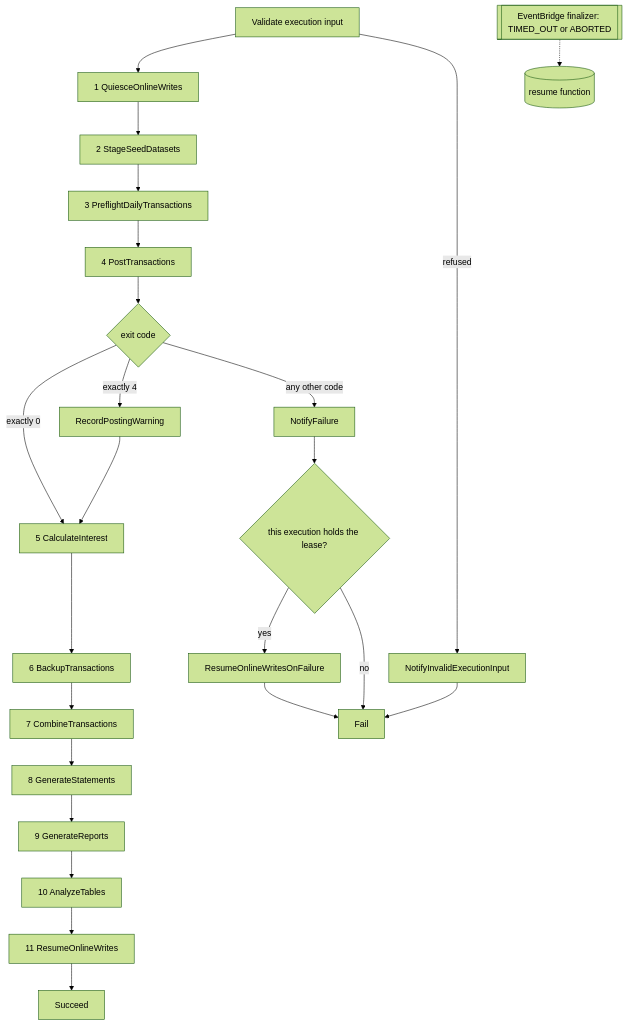
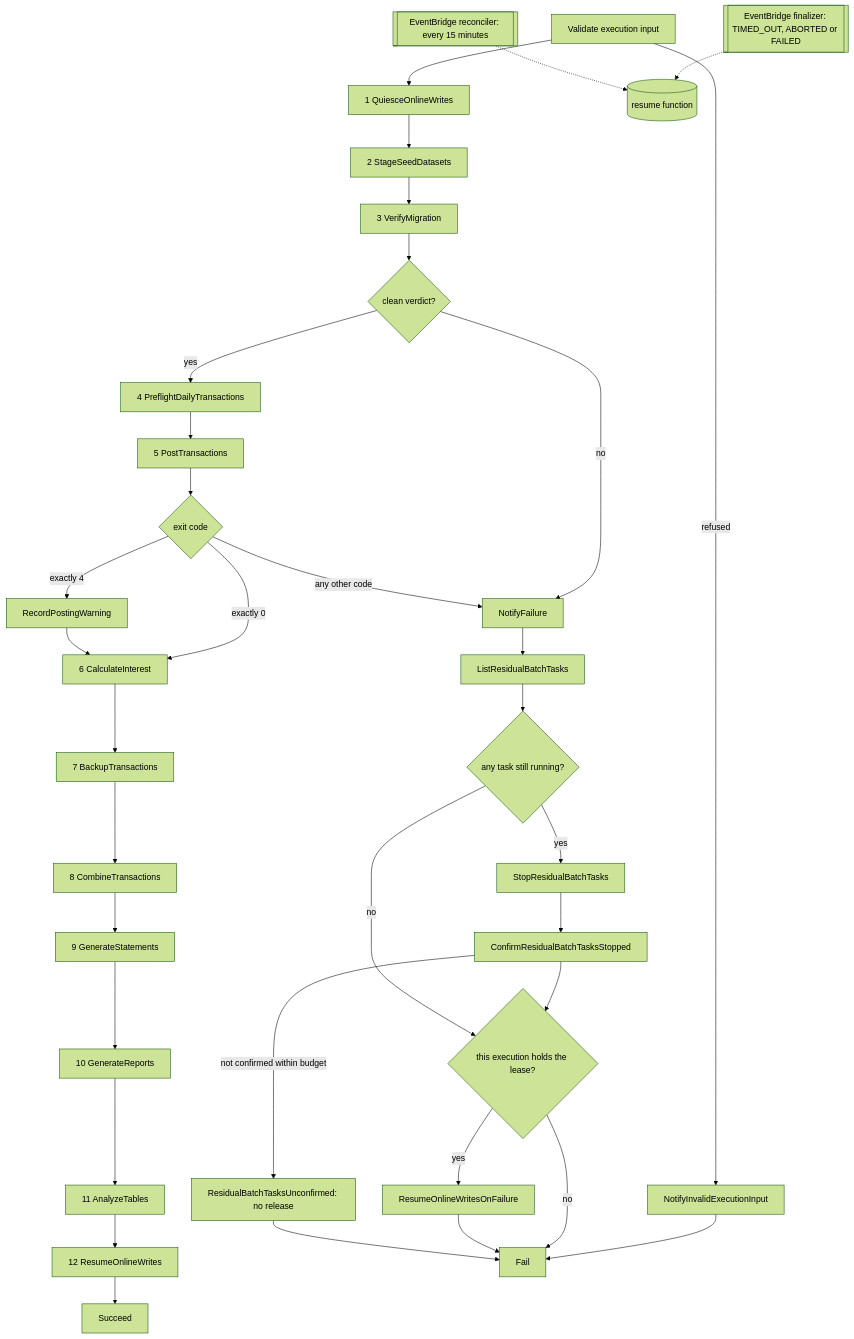
One commit to Blitzy-LocalStack/aws-mainframe-modernization-carddemo changed the diagram in infra/modules/step-functions-batch/README.md. Above: the diagram before and after it, drawn with Mermaid (forest theme). The commit also changed other lines of this file and 495 other files, not shown here.

````diff
--- a/infra/modules/step-functions-batch/README.md
+++ b/infra/modules/step-functions-batch/README.md
@@ -97,26 +168,37 @@
 ```mermaid
 flowchart TD
     V[Validate execution input] --> Q[1 QuiesceOnlineWrites]
     Q --> S[2 StageSeedDatasets]
-    S --> P[3 PreflightDailyTransactions]
-    P --> T[4 PostTransactions]
+    S --> VM[3 VerifyMigration]
+    VM --> VC{clean verdict?}
+    VC -->|no| N[NotifyFailure]
+    VC -->|yes| P[4 PreflightDailyTransactions]
+    P --> T[5 PostTransactions]
     T --> C{exit code}
-    C -->|exactly 0| I[5 CalculateInterest]
+    C -->|exactly 0| I[6 CalculateInterest]
     C -->|exactly 4| W[RecordPostingWarning]
     W --> I
-    C -->|any other code| N[NotifyFailure]
-    I --> B[6 BackupTransactions]
-    B --> M[7 CombineTransactions]
-    M --> ST[8 GenerateStatements]
-    ST --> R[9 GenerateReports]
-    R --> A[10 AnalyzeTables]
-    A --> O[11 ResumeOnlineWrites]
+    C -->|any other code| N
+    I --> B[7 BackupTransactions]
+    B --> M[8 CombineTransactions]
+    M --> ST[9 GenerateStatements]
+    ST --> R[10 GenerateReports]
+    R --> A[11 AnalyzeTables]
+    A --> O[12 ResumeOnlineWrites]
     O --> OK[Succeed]
     V -->|refused| NI[NotifyInvalidExecutionInput]
     NI --> F[Fail]
-    N --> G{this execution holds the lease?}
+    N --> LT[ListResidualBatchTasks]
+    LT --> CT{any task still running?}
+    CT -->|yes| SP[StopResidualBatchTasks]
+    SP --> CF[ConfirmResidualBatchTasksStopped]
+    CF --> G{this execution holds the lease?}
+    CT -->|no| G
+    CF -->|not confirmed within budget| U[ResidualBatchTasksUnconfirmed: no release]
     G -->|yes| RF[ResumeOnlineWritesOnFailure]
     G -->|no| F
     RF --> F
-    X[[EventBridge finalizer: TIMED_OUT or ABORTED]] -.-> RES[(resume function)]
+    U --> F
+    X[[EventBridge finalizer: TIMED_OUT, ABORTED or FAILED]] -.-> RES[(resume function)]
+    Y[[EventBridge reconciler: every 15 minutes]] -.-> RES
 ```
````
